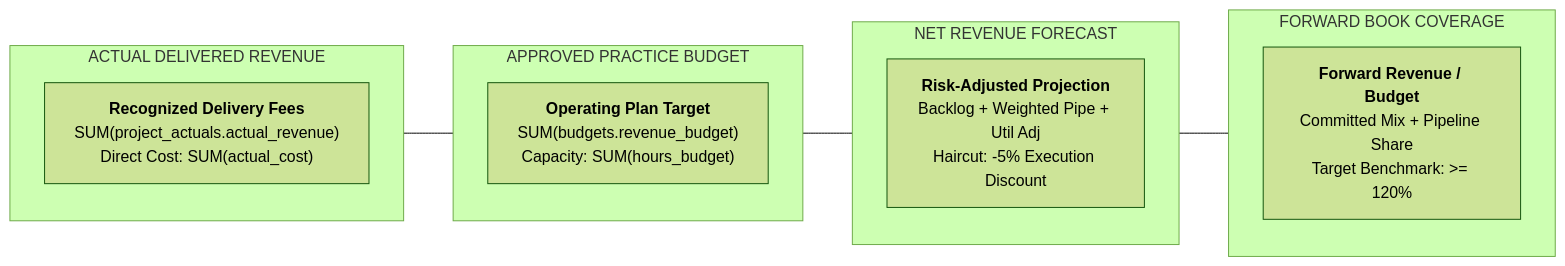
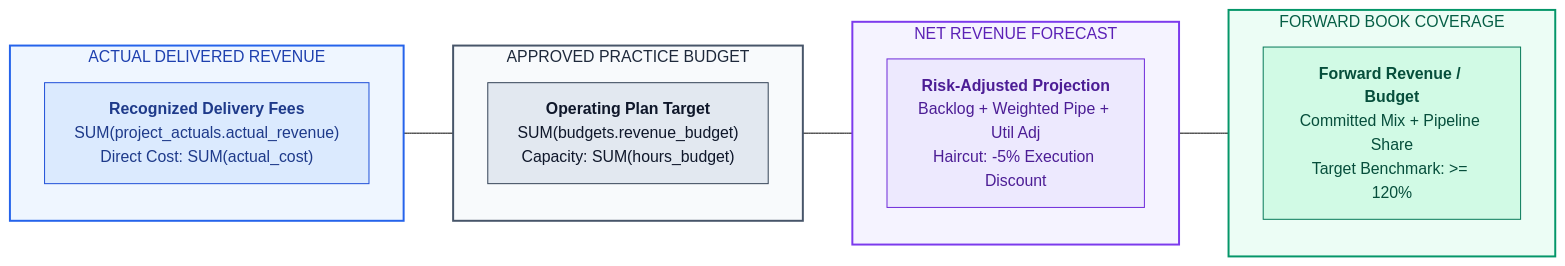
Before and after one commit to VED-VIVEK-TALMALEY/x-fin: the first of 7 diagrams in README.md, drawn with Mermaid (forest theme). The commit also changed other lines of this file and 6 other files, not shown here.

````diff
--- a/README.md
+++ b/README.md
@@ -17,17 +17,27 @@
 ```mermaid
 flowchart LR
     subgraph K1["ACTUAL DELIVERED REVENUE"]
         M1["<b>Recognized Delivery Fees</b><br/>SUM(project_actuals.actual_revenue)<br/>Direct Cost: SUM(actual_cost)"]
     end
     subgraph K2["APPROVED PRACTICE BUDGET"]
         M2["<b>Operating Plan Target</b><br/>SUM(budgets.revenue_budget)<br/>Capacity: SUM(hours_budget)"]
     end
     subgraph K3["NET REVENUE FORECAST"]
         M3["<b>Risk-Adjusted Projection</b><br/>Backlog + Weighted Pipe + Util Adj<br/>Haircut: -5% Execution Discount"]
     end
     subgraph K4["FORWARD BOOK COVERAGE"]
         M4["<b>Forward Revenue / Budget</b><br/>Committed Mix + Pipeline Share<br/>Target Benchmark: >= 120%"]
     end
 
     K1 --- K2 --- K3 --- K4
+
+    style K1 fill:#EFF6FF,stroke:#2563EB,stroke-width:2px,color:#1E40AF
+    style K2 fill:#F8FAFC,stroke:#475569,stroke-width:2px,color:#1E293B
+    style K3 fill:#F5F3FF,stroke:#7C3AED,stroke-width:2px,color:#5B21B6
+    style K4 fill:#ECFDF5,stroke:#059669,stroke-width:2px,color:#065F46
+
+    style M1 fill:#DBEAFE,stroke:#1D4ED8,stroke-width:1px,color:#1E3A8A
+    style M2 fill:#E2E8F0,stroke:#334155,stroke-width:1px,color:#0F172A
+    style M3 fill:#EDE9FE,stroke:#6D28D9,stroke-width:1px,color:#4C1D95
+    style M4 fill:#D1FAE5,stroke:#047857,stroke-width:1px,color:#064E3B
 ```
````
